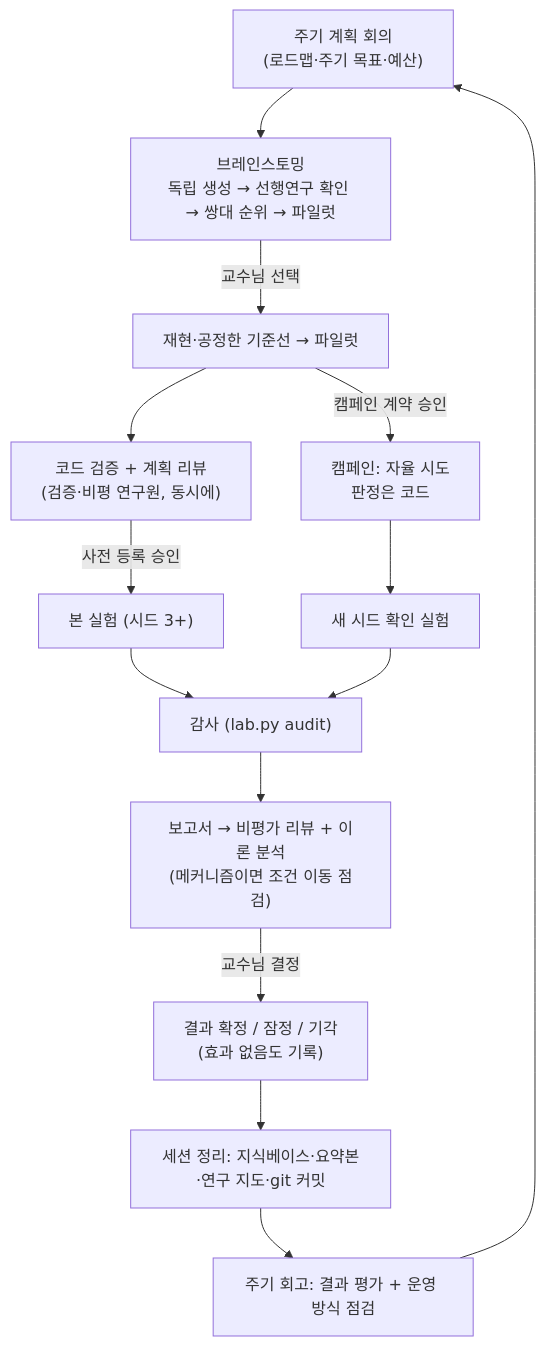
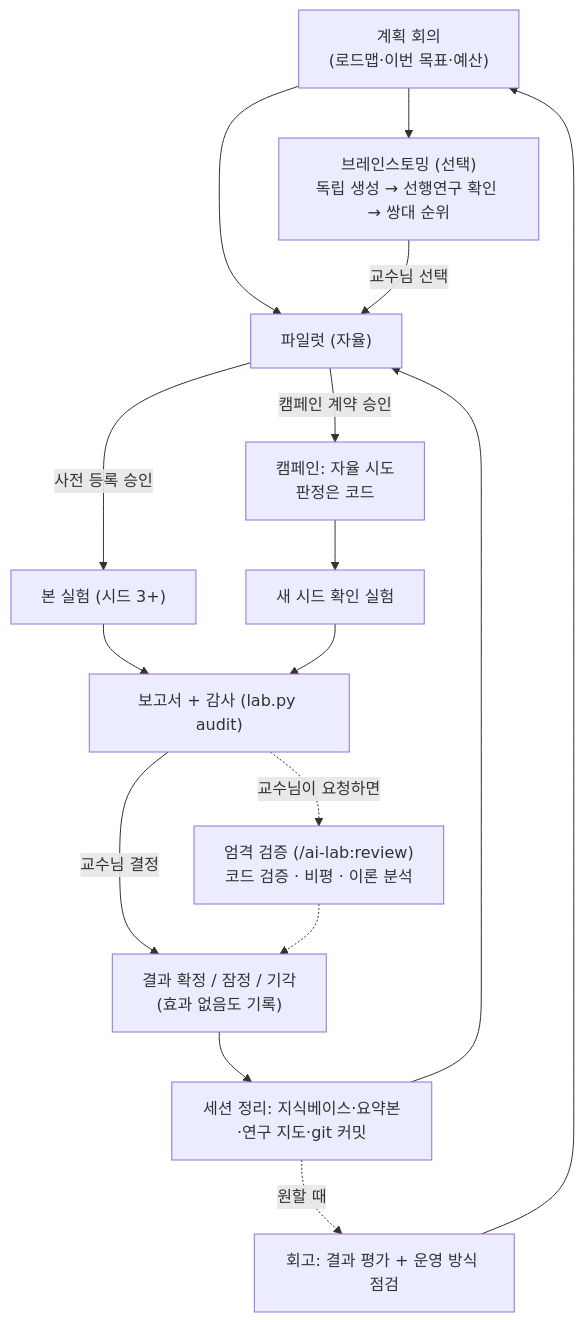
One commit to yhlee52/ai_sci_cowork changed the diagram in docs/설계_근거.md. Above: the diagram before and after it, drawn with Mermaid. The commit also changed other lines of this file and 37 other files, not shown here.

````diff
--- a/docs/설계_근거.md
+++ b/docs/설계_근거.md
@@ -83,16 +87,18 @@
 ```mermaid
 flowchart TD
-    A["주기 계획 회의<br/>(로드맵·주기 목표·예산)"] --> B["브레인스토밍<br/>독립 생성 → 선행연구 확인 → 쌍대 순위 → 파일럿"]
-    B -->|교수님 선택| C["재현·공정한 기준선 → 파일럿"]
-    C --> V["코드 검증 + 계획 리뷰<br/>(검증·비평 연구원, 동시에)"]
-    V -->|사전 등록 승인| D["본 실험 (시드 3+)"]
+    A["계획 회의<br/>(로드맵·이번 목표·예산)"] --> B["브레인스토밍 (선택)<br/>독립 생성 → 선행연구 확인 → 쌍대 순위"]
+    A --> C
+    B -->|교수님 선택| C["파일럿 (자율)"]
+    C -->|사전 등록 승인| D["본 실험 (시드 3+)"]
     C -->|캠페인 계약 승인| E["캠페인: 자율 시도<br/>판정은 코드"]
     E --> F["새 시드 확인 실험"]
-    D --> G["감사 (lab.py audit)"]
+    D --> G["보고서 + 감사 (lab.py audit)"]
     F --> G
-    G --> H["보고서 → 비평가 리뷰 + 이론 분석<br/>(메커니즘이면 조건 이동 점검)"]
-    H -->|교수님 결정| I["결과 확정 / 잠정 / 기각<br/>(효과 없음도 기록)"]
+    G -->|교수님 결정| I["결과 확정 / 잠정 / 기각<br/>(효과 없음도 기록)"]
+    G -.->|교수님이 요청하면| R["엄격 검증 (/ai-lab:review)<br/>코드 검증 · 비평 · 이론 분석"]
+    R -.-> I
     I --> J["세션 정리: 지식베이스·요약본·연구 지도·git 커밋"]
-    J --> K["주기 회고: 결과 평가 + 운영 방식 점검"]
+    J --> C
+    J -.->|원할 때| K["회고: 결과 평가 + 운영 방식 점검"]
     K --> A
 ```
````
